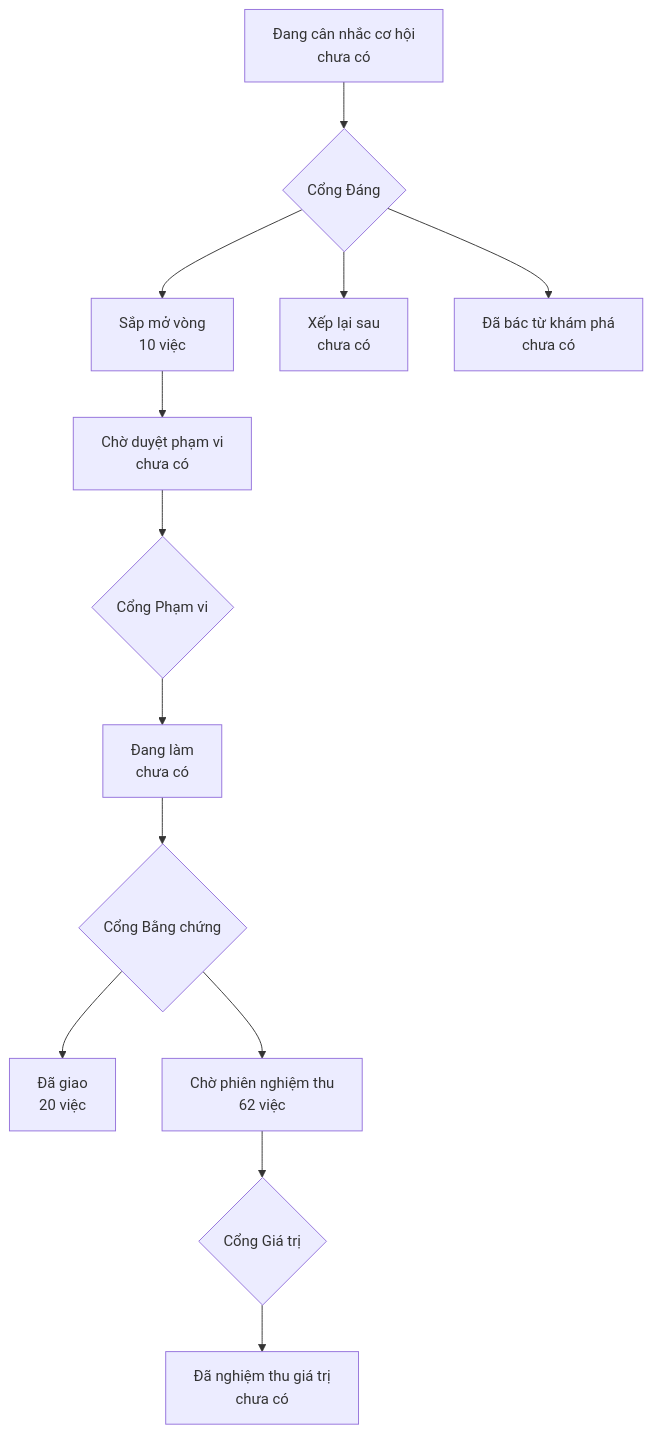
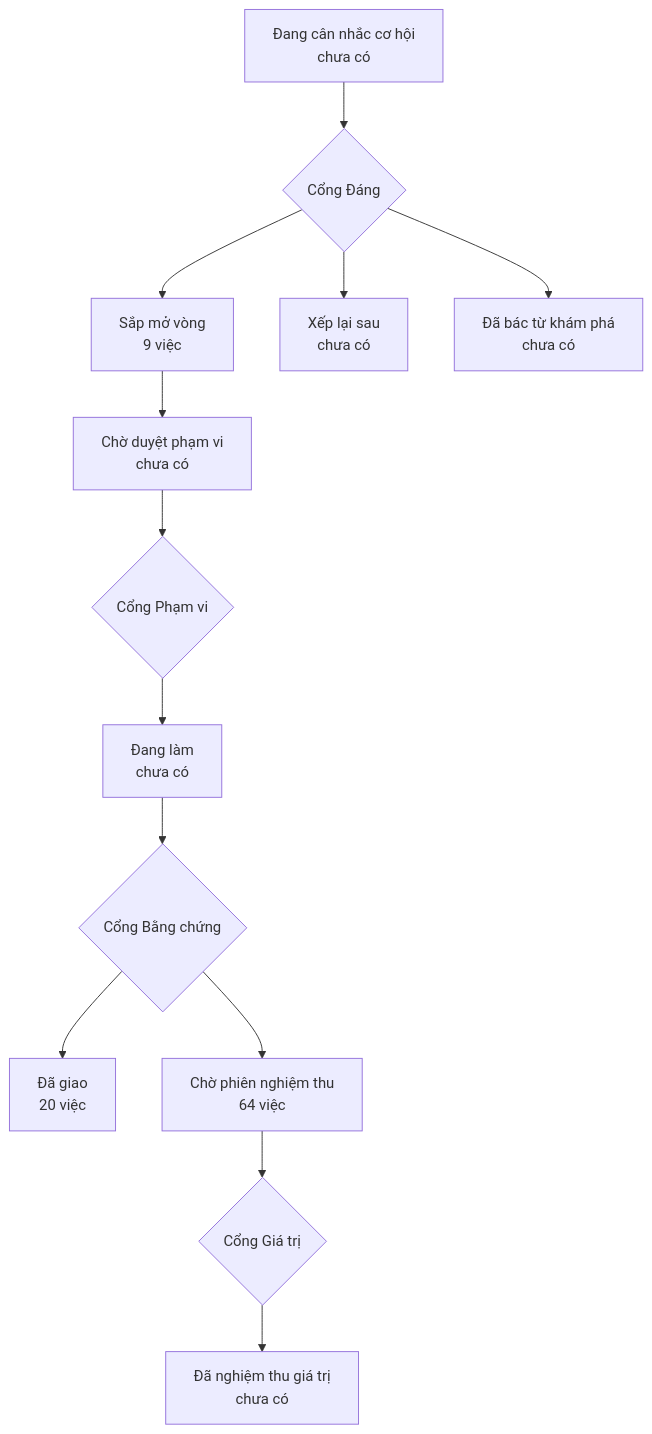
One commit to phanlemanh/onehub-quy-hang changed the diagram in PRODUCT-MAP.md. Above: the diagram before and after it, drawn with Mermaid. The commit also changed other lines of this file and 1 other file, not shown here.

Commit message:
chore: vẽ lại bản đồ sản phẩm và lộ trình sau gộp main

````diff
--- a/PRODUCT-MAP.md
+++ b/PRODUCT-MAP.md
@@ -7,12 +7,12 @@
 ```mermaid
 flowchart TD
   A["Đang cân nhắc cơ hội<br/>chưa có"] --> GD{"Cổng Đáng"}
-  GD --> B["Sắp mở vòng<br/>10 việc"]
+  GD --> B["Sắp mở vòng<br/>9 việc"]
   GD --> XL["Xếp lại sau<br/>chưa có"]
   GD --> DB["Đã bác từ khám phá<br/>chưa có"]
   B --> CD["Chờ duyệt phạm vi<br/>chưa có"] --> GP{"Cổng Phạm vi"}
   GP --> DL["Đang làm<br/>chưa có"] --> GB{"Cổng Bằng chứng"}
   GB --> DG["Đã giao<br/>20 việc"]
-  GB --> CN["Chờ phiên nghiệm thu<br/>62 việc"] --> GG{"Cổng Giá trị"}
+  GB --> CN["Chờ phiên nghiệm thu<br/>64 việc"] --> GG{"Cổng Giá trị"}
   GG --> NT["Đã nghiệm thu giá trị<br/>chưa có"]
 ```
````
